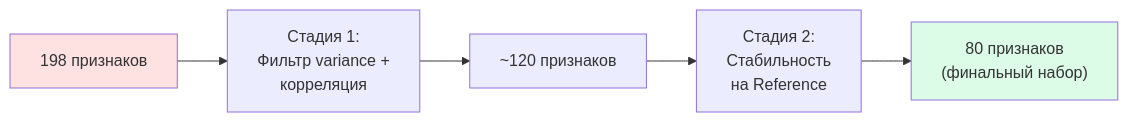
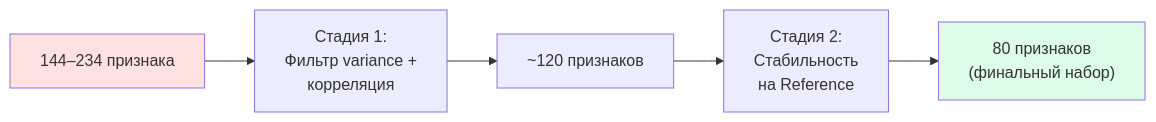
Before and after one commit to DarkPrinceWarrior/alma_servie: the third of 8 diagrams in docs/ALMA_система_детекции_аномалий.md, drawn with Mermaid. The commit also changed other lines of this file and 6 other files, not shown here.

````diff
--- a/docs/ALMA_система_детекции_аномалий.md
+++ b/docs/ALMA_система_детекции_аномалий.md
@@ -207,10 +221,10 @@
 ```mermaid
 flowchart LR
-    A["198 признаков"] --> B["Стадия 1:<br/>Фильтр variance +<br/>корреляция"]
+    A["144–234 признака"] --> B["Стадия 1:<br/>Фильтр variance +<br/>корреляция"]
     B --> C["~120 признаков"]
     C --> D["Стадия 2:<br/>Стабильность<br/>на Reference"]
     D --> E["80 признаков<br/>(финальный набор)"]
 
     style A fill:#fee2e2
     style E fill:#dcfce7
 ```
````
